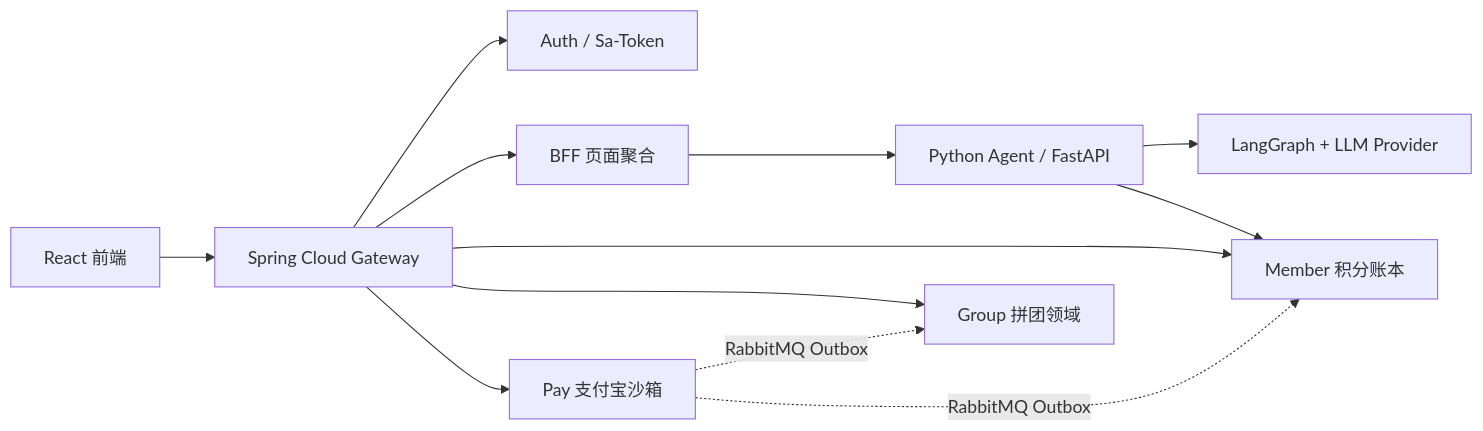
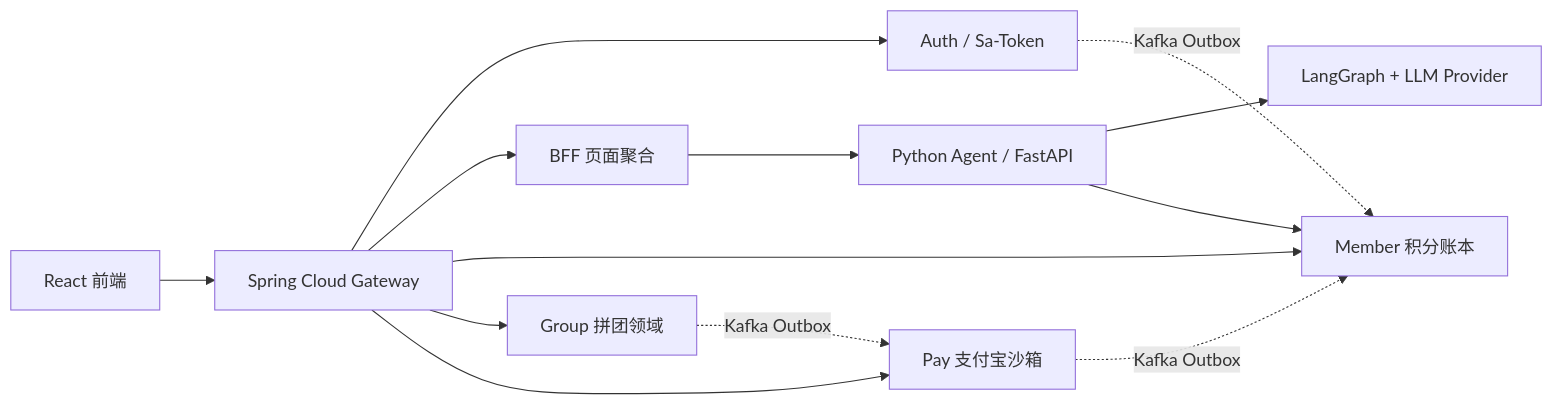
Before and after one commit to zhanglinrun/ai-group: the diagram in README.md, drawn with Mermaid. The commit also changed other lines of this file and 120 other files, not shown here.

First line of the commit message:
feat: 将 Outbox 投递从 RabbitMQ 迁到 Kafka

````diff
--- a/README.md
+++ b/README.md
@@ -30,14 +30,15 @@
 ```mermaid
 flowchart LR
   WEB[React 前端] --> GW[Spring Cloud Gateway]
   GW --> AUTH[Auth / Sa-Token]
   GW --> BFF[BFF 页面聚合]
   GW --> MEMBER[Member 积分账本]
   GW --> GROUP[Group 拼团领域]
   GW --> PAY[Pay 支付宝沙箱]
   BFF --> AGENT[Python Agent / FastAPI]
   AGENT --> LG[LangGraph + LLM Provider]
   AGENT --> MEMBER
-  PAY -. RabbitMQ Outbox .-> GROUP
-  PAY -. RabbitMQ Outbox .-> MEMBER
+  GROUP -. Kafka Outbox .-> PAY
+  PAY -. Kafka Outbox .-> MEMBER
+  AUTH -. Kafka Outbox .-> MEMBER
 ```
````
